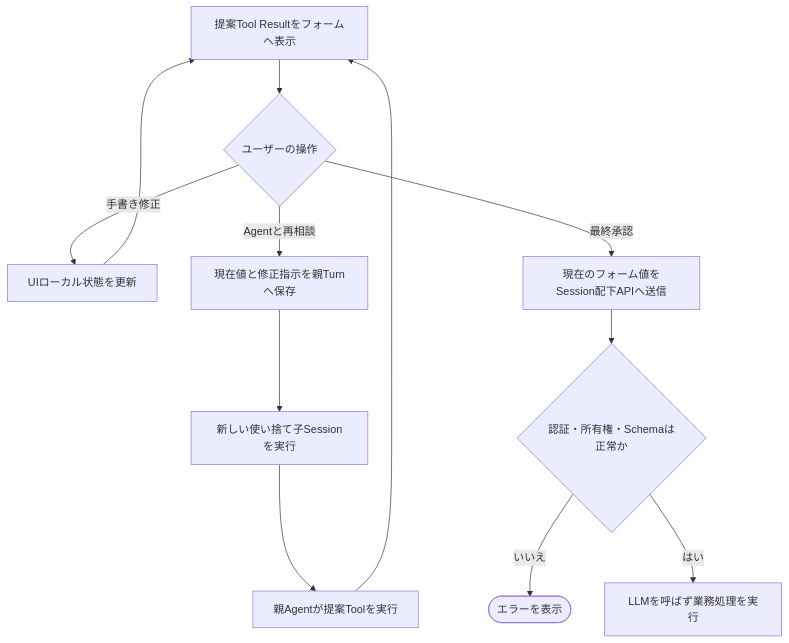
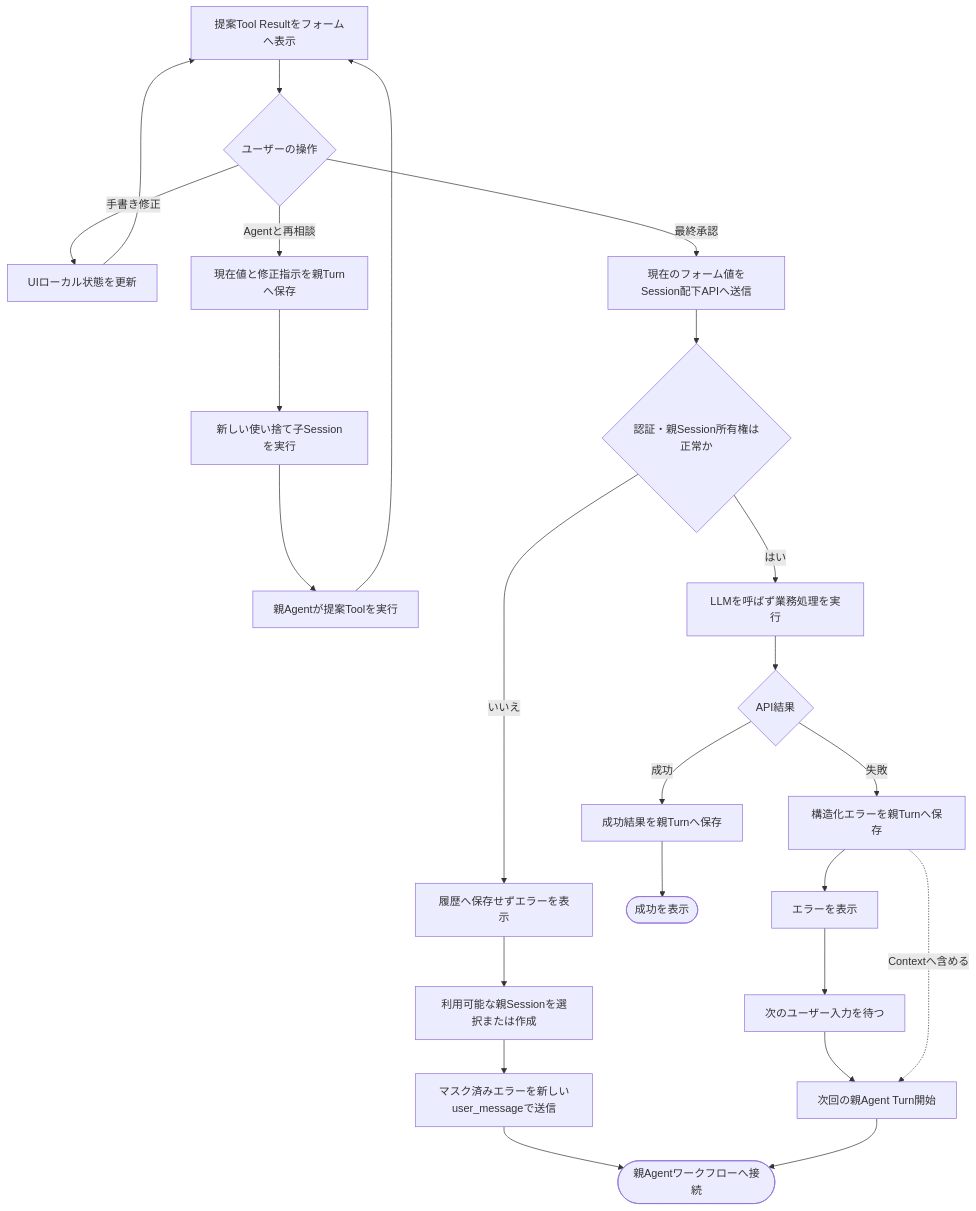
One commit to nishimura-yuma77/hiromeru changed the first of 3 diagrams in docs/v.0.1/USECASE.md. Above: the diagram before and after it, drawn with Mermaid. The commit also changed other lines of this file and 3 other files, not shown here.

````diff
--- a/docs/v.0.1/USECASE.md
+++ b/docs/v.0.1/USECASE.md
@@ -54,14 +77,26 @@
 ```mermaid
 flowchart TD
     PROPOSAL[提案Tool Resultをフォームへ表示] --> REVIEW{ユーザーの操作}
     REVIEW -- 手書き修正 --> EDIT[UIローカル状態を更新]
     EDIT --> PROPOSAL
     REVIEW -- Agentと再相談 --> REQUEST[現在値と修正指示を親Turnへ保存]
     REQUEST --> CHILD[新しい使い捨て子Sessionを実行]
     CHILD --> TOOL[親Agentが提案Toolを実行]
     TOOL --> PROPOSAL
     REVIEW -- 最終承認 --> API[現在のフォーム値をSession配下APIへ送信]
-    API --> VALIDATE{認証・所有権・Schemaは正常か}
-    VALIDATE -- いいえ --> ERROR([エラーを表示])
-    VALIDATE -- はい --> EXECUTE[LLMを呼ばず業務処理を実行]
+    API --> SESSION{認証・親Session所有権は正常か}
+    SESSION -- いいえ --> UNSAVED_ERROR[履歴へ保存せずエラーを表示]
+    UNSAVED_ERROR --> RECOVER[利用可能な親Sessionを選択または作成]
+    RECOVER --> FORWARD[マスク済みエラーを新しいuser_messageで送信]
+    FORWARD --> AGENT_WORKFLOW
+    SESSION -- はい --> EXECUTE[LLMを呼ばず業務処理を実行]
+    EXECUTE --> RESULT{API結果}
+    RESULT -- 成功 --> SAVE_SUCCESS[成功結果を親Turnへ保存]
+    RESULT -- 失敗 --> SAVE_ERROR[構造化エラーを親Turnへ保存]
+    SAVE_SUCCESS --> DISPLAY_SUCCESS([成功を表示])
+    SAVE_ERROR --> DISPLAY_ERROR[エラーを表示]
+    DISPLAY_ERROR --> WAIT[次のユーザー入力を待つ]
+    WAIT --> NEXT_TURN[次回の親Agent Turn開始]
+    SAVE_ERROR -. Contextへ含める .-> NEXT_TURN
+    NEXT_TURN --> AGENT_WORKFLOW([親Agentワークフローへ接続])
 ```
````
